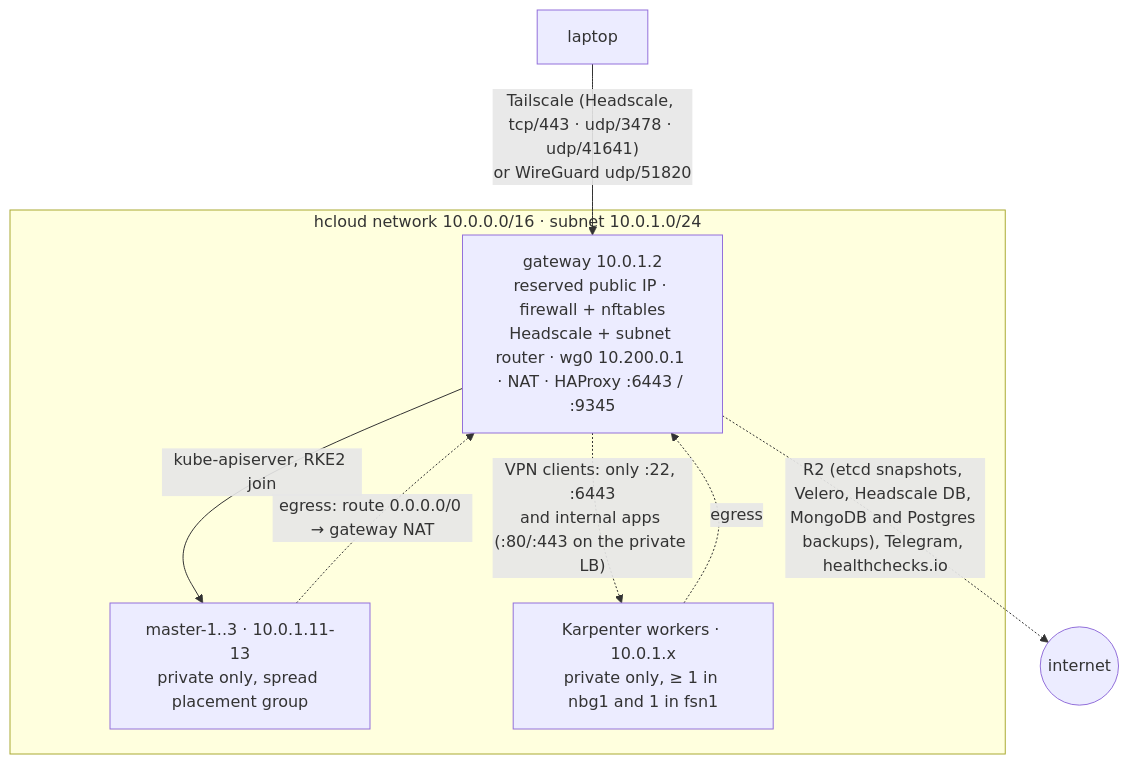
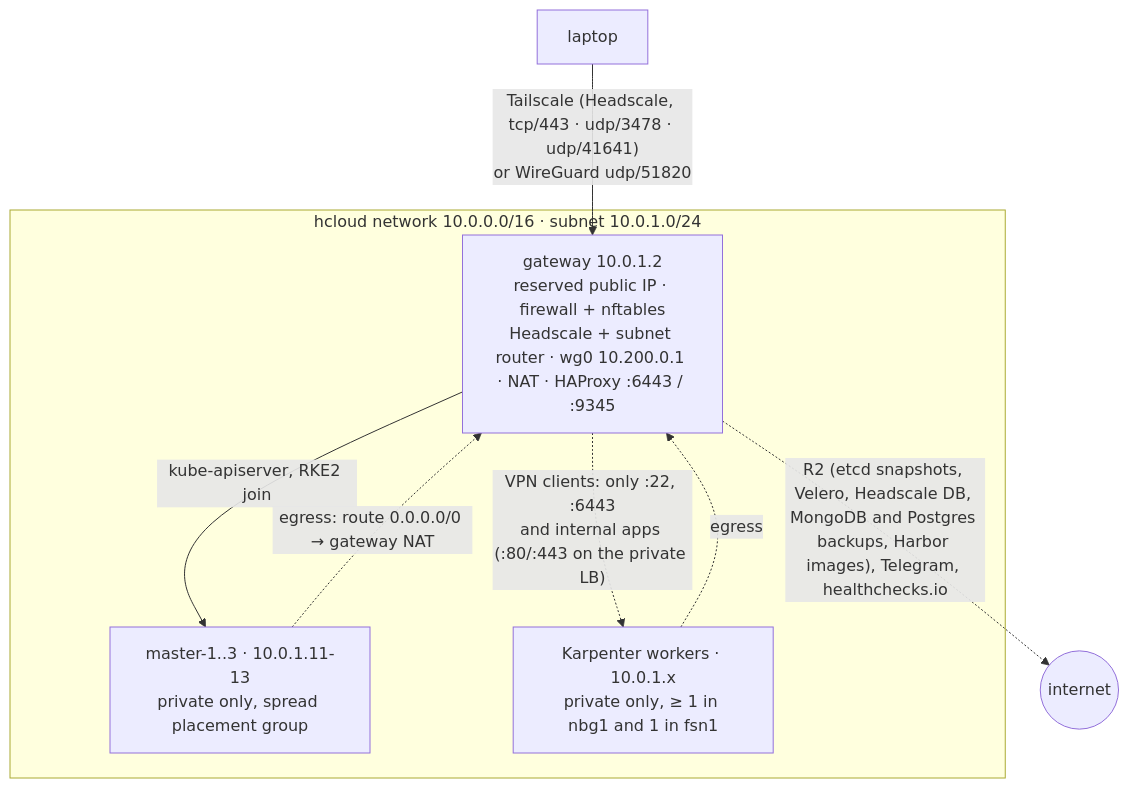
Before and after one commit to reginaldosousa/hetzner-rke2-terraform: the diagram in README.md, drawn with Mermaid. The commit also changed other lines of this file and 7 other files, not shown here.

````diff
--- a/README.md
+++ b/README.md
@@ -32,14 +32,14 @@
 ```mermaid
 flowchart TB
     laptop["laptop"] -- "Tailscale (Headscale, tcp/443 · udp/3478 · udp/41641)<br/>or WireGuard udp/51820" --> gw
     subgraph net["hcloud network 10.0.0.0/16 · subnet 10.0.1.0/24"]
         gw["gateway 10.0.1.2<br/>reserved public IP · firewall + nftables<br/>Headscale + subnet router · wg0 10.200.0.1 · NAT · HAProxy :6443 / :9345"]
         masters["master-1..3 · 10.0.1.11-13<br/>private only, spread placement group"]
         workers["Karpenter workers · 10.0.1.x<br/>private only, ≥ 1 in nbg1 and 1 in fsn1"]
     end
     gw -- "kube-apiserver, RKE2 join" --> masters
     gw -. "VPN clients: only :22, :6443<br/>and internal apps (:80/:443 on the private LB)" .-> workers
     masters -. "egress: route 0.0.0.0/0 → gateway NAT" .-> gw
     workers -. "egress" .-> gw
-    gw -. "R2 (etcd snapshots, Velero, Headscale DB, MongoDB and Postgres backups), Telegram, healthchecks.io" .-> ext(("internet"))
+    gw -. "R2 (etcd snapshots, Velero, Headscale DB, MongoDB and Postgres backups, Harbor images), Telegram, healthchecks.io" .-> ext(("internet"))
 ```
````
